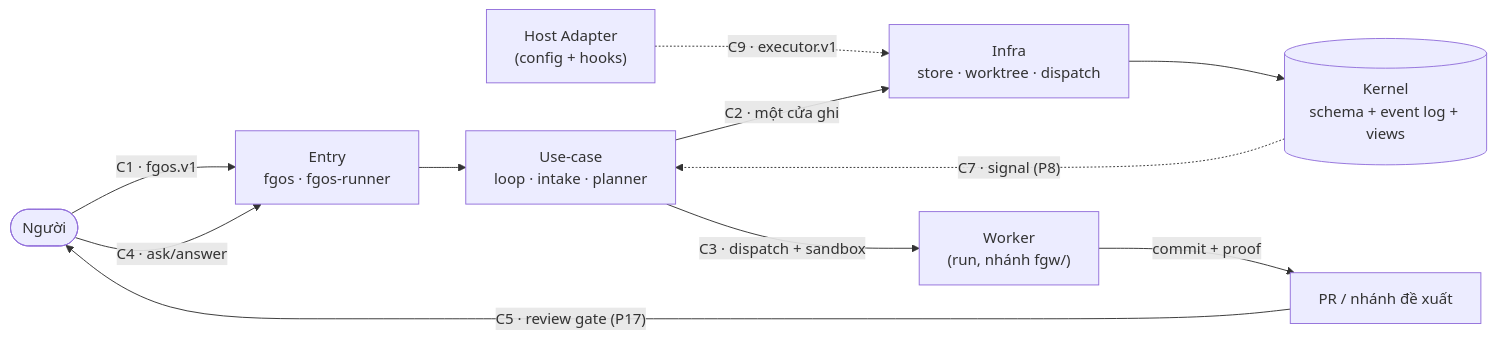
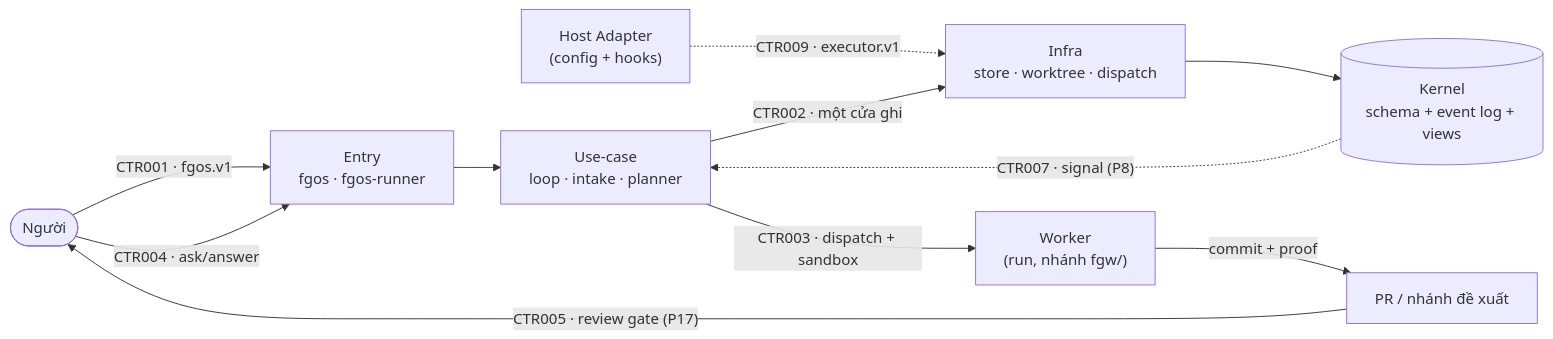
One commit to vantt/forgent changed the fourth of 5 diagrams in docs/architecture-map.md. Above: the diagram before and after it, drawn with Mermaid. The commit also changed other lines of this file and 2 other files, not shown here.

First line of the commit message:
docs(architecture-map): rename C1-C9 contract IDs to CTR001-CTR009

````diff
--- a/docs/architecture-map.md
+++ b/docs/architecture-map.md
@@ -342,22 +355,22 @@
 ```mermaid
 flowchart LR
     HU([Người])
     HOST["Host Adapter<br/>(config + hooks)"]
     CLI["Entry<br/>fgos · fgos-runner"]
     UC["Use-case<br/>loop · intake · planner"]
     ST["Infra<br/>store · worktree · dispatch"]
     K[("Kernel<br/>schema + event log + views")]
     WK["Worker<br/>(run, nhánh fgw/)"]
     PR["PR / nhánh đề xuất"]
 
-    HU -- "C1 · fgos.v1" --> CLI
-    HOST -. "C9 · executor.v1" .-> ST
+    HU -- "CTR001 · fgos.v1" --> CLI
+    HOST -. "CTR009 · executor.v1" .-> ST
     CLI --> UC
-    UC -- "C2 · một cửa ghi" --> ST
+    UC -- "CTR002 · một cửa ghi" --> ST
     ST --> K
-    UC -- "C3 · dispatch + sandbox" --> WK
+    UC -- "CTR003 · dispatch + sandbox" --> WK
     WK -- "commit + proof" --> PR
-    PR -- "C5 · review gate (P17)" --> HU
-    HU -- "C4 · ask/answer" --> CLI
-    K -. "C7 · signal (P8)" .-> UC
+    PR -- "CTR005 · review gate (P17)" --> HU
+    HU -- "CTR004 · ask/answer" --> CLI
+    K -. "CTR007 · signal (P8)" .-> UC
 ```
````
